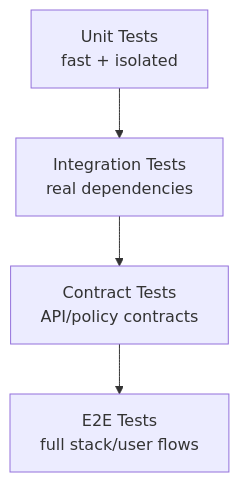
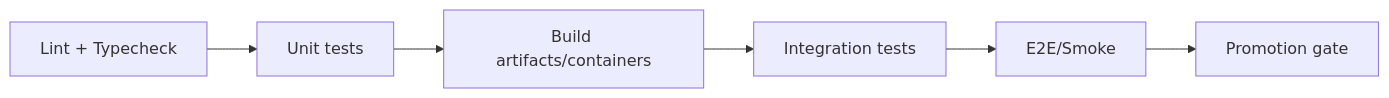
The diagram in tests/unit/README.md (bartytime4life/Kansas-Frontier-Matrix), drawn with Mermaid before and after one commit. The commit also changed other lines of this file, not shown here.

````diff
--- a/tests/unit/README.md
+++ b/tests/unit/README.md
@@ -353,6 +198,8 @@
 ```mermaid
-flowchart TD
-  A[Unit Tests<br/>fast + isolated] --> B[Integration Tests<br/>real dependencies]
-  B --> C[Contract Tests<br/>API/policy contracts]
-  C --> D[E2E Tests<br/>full stack/user flows]
+flowchart LR
+  L[Lint + Typecheck] --> U[Unit tests]
+  U --> B[Build artifacts/containers]
+  B --> I[Integration tests]
+  I --> E[E2E/Smoke]
+  E --> P[Promotion gate]
 ```
````
